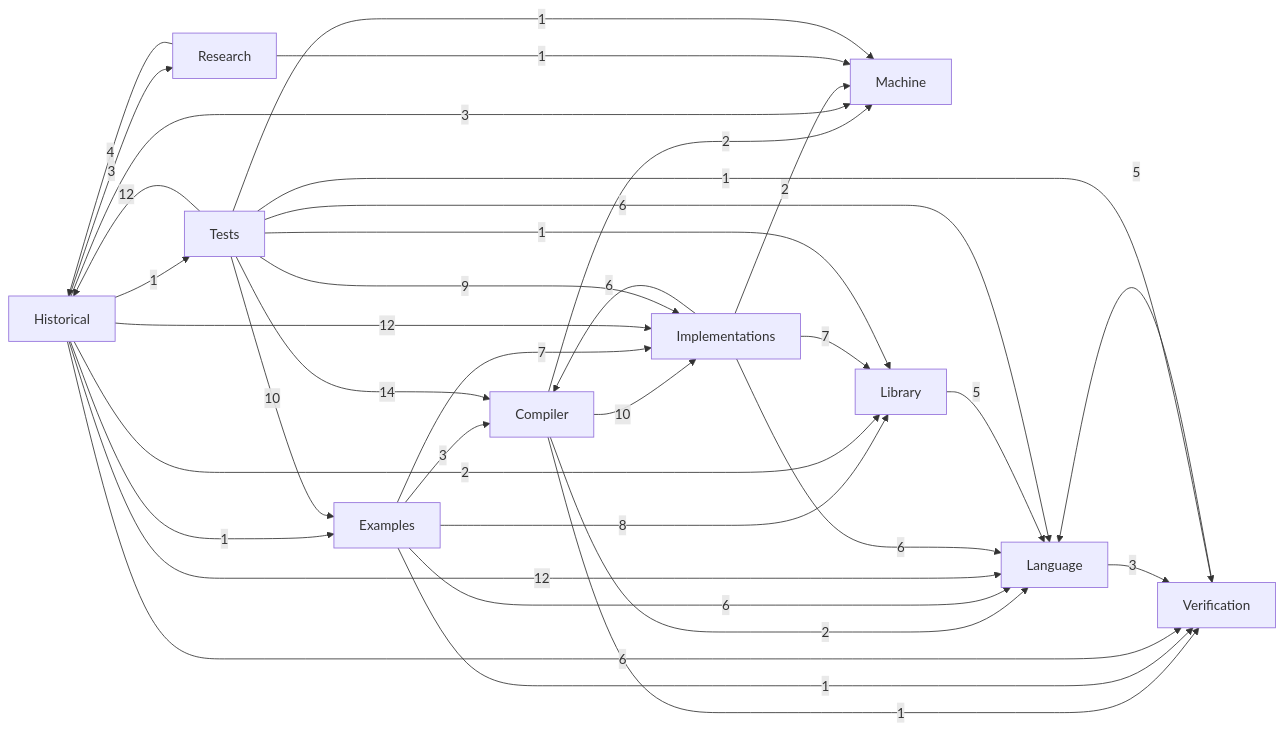
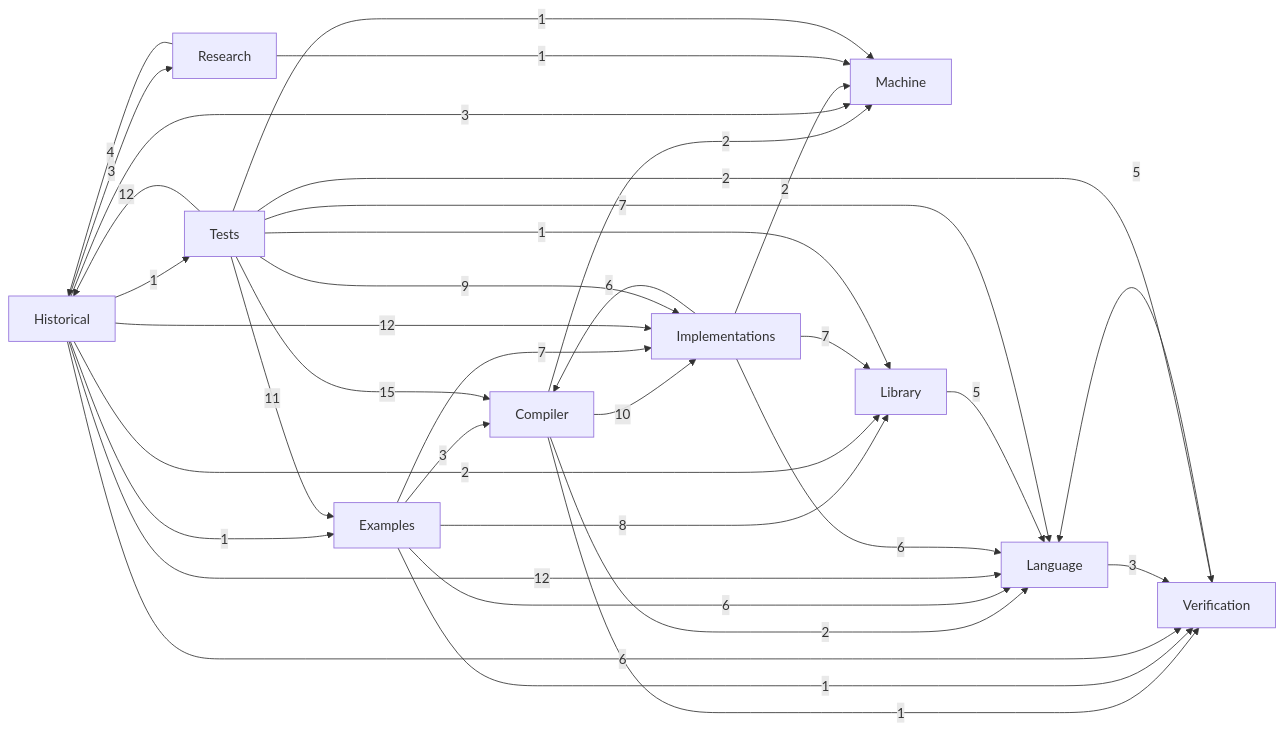
Before and after one commit to cslib-community/AlgoLib: the diagram in AlgoLib/Experimental/RAM/docs/DEPENDENCIES.md, drawn with Mermaid. The commit also changed other lines of this file and 31 other files, not shown here.

Commit message:
Strengthen RAM architecture governance and contributor onboarding

````diff
--- a/AlgoLib/Experimental/RAM/docs/DEPENDENCIES.md
+++ b/AlgoLib/Experimental/RAM/docs/DEPENDENCIES.md
@@ -7,37 +7,37 @@
 ```mermaid
 flowchart LR
   Compiler -->|"10"| Implementations
   Compiler -->|"2"| Language
   Compiler -->|"2"| Machine
   Compiler -->|"1"| Verification
   Examples -->|"3"| Compiler
   Examples -->|"7"| Implementations
   Examples -->|"6"| Language
   Examples -->|"8"| Library
   Examples -->|"1"| Verification
   Historical -->|"1"| Examples
   Historical -->|"12"| Implementations
   Historical -->|"12"| Language
   Historical -->|"2"| Library
   Historical -->|"3"| Machine
   Historical -->|"3"| Research
   Historical -->|"1"| Tests
   Historical -->|"6"| Verification
   Implementations -->|"6"| Compiler
   Implementations -->|"6"| Language
   Implementations -->|"7"| Library
   Implementations -->|"2"| Machine
   Language -->|"3"| Verification
   Library -->|"5"| Language
   Research -->|"4"| Historical
   Research -->|"1"| Machine
-  Tests -->|"14"| Compiler
-  Tests -->|"10"| Examples
+  Tests -->|"15"| Compiler
+  Tests -->|"11"| Examples
   Tests -->|"12"| Historical
   Tests -->|"9"| Implementations
-  Tests -->|"6"| Language
+  Tests -->|"7"| Language
   Tests -->|"1"| Library
   Tests -->|"1"| Machine
-  Tests -->|"1"| Verification
+  Tests -->|"2"| Verification
   Verification -->|"5"| Language
 ```
````
